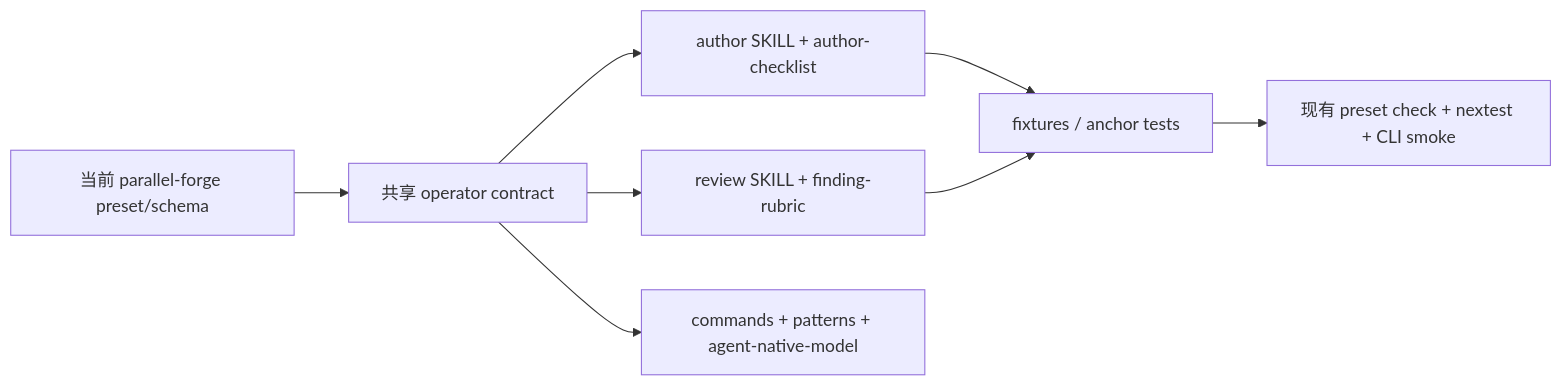
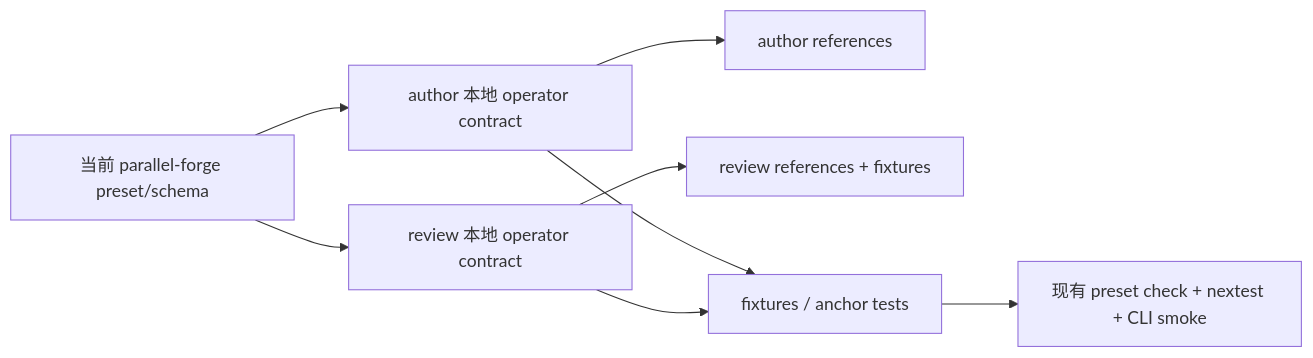
One commit to pittcat/ralph-orchestrator changed the diagram in docs/plans/2026-08-02-001-feat-parallel-forge-operator-skills-sync-plan.md. Above: the diagram before and after it, drawn with Mermaid. The commit also changed other lines of this file, not shown here.

Commit message:
docs: generalize preset operator contract migration plan

````diff
--- a/docs/plans/2026-08-02-001-feat-parallel-forge-operator-skills-sync-plan.md
+++ b/docs/plans/2026-08-02-001-feat-parallel-forge-operator-skills-sync-plan.md
@@ -100,10 +103,10 @@
 ```mermaid
 flowchart LR
-  P[当前 parallel-forge preset/schema] --> C[共享 operator contract]
-  C --> A[author SKILL + author-checklist]
-  C --> R[review SKILL + finding-rubric]
-  C --> X[commands + patterns + agent-native-model]
+  P[当前 parallel-forge preset/schema] --> A[author 本地 operator contract]
+  P --> R[review 本地 operator contract]
+  A --> X[author references]
+  R --> Y[review references + fixtures]
   A --> F[fixtures / anchor tests]
   R --> F
   F --> V[现有 preset check + nextest + CLI smoke]
 ```
````
